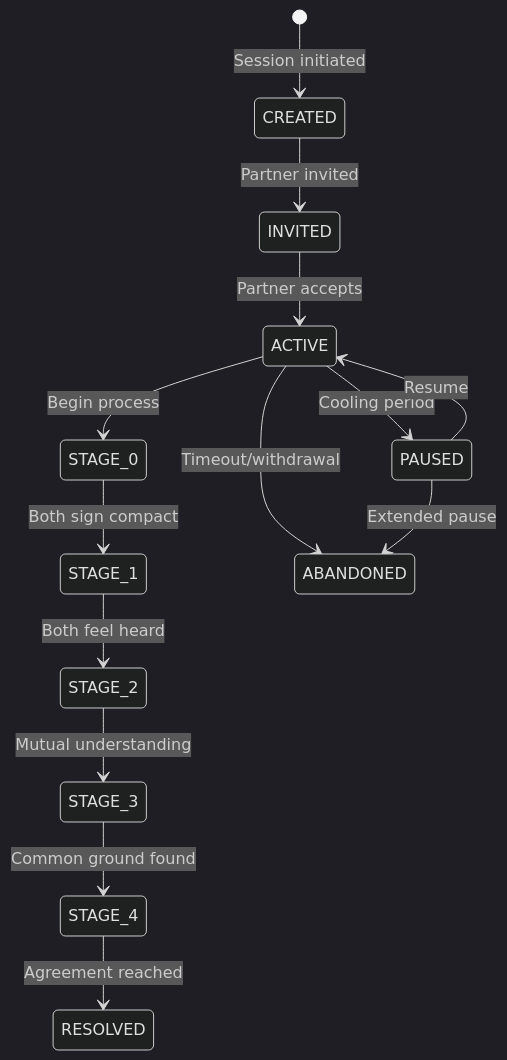
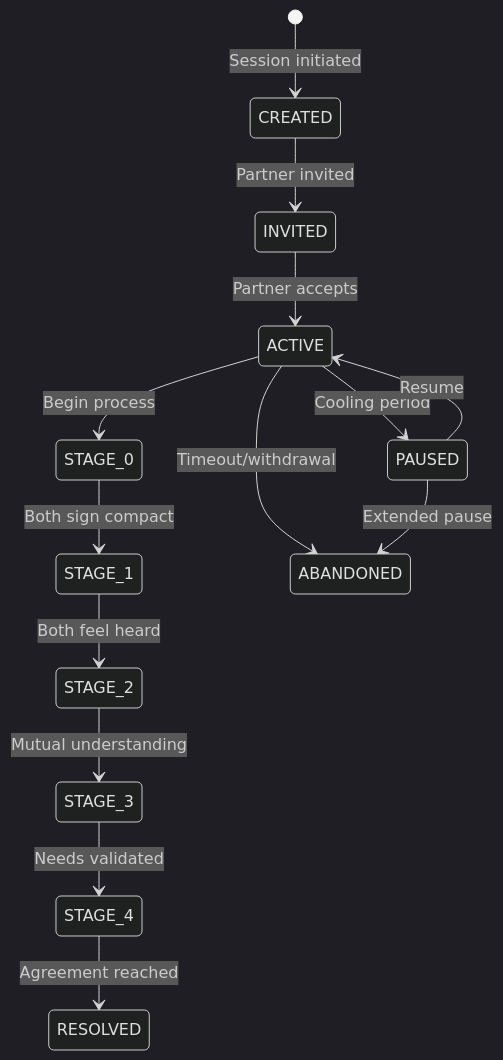
Before and after one commit to shantamg/meet-without-fear: the diagram in docs/backend/state-machine/index.md, drawn with Mermaid (dark theme). The commit also changed other lines of this file and 21 other files, not shown here.

Commit message:
Clean up Stage 3 needs reveal drift

````diff
--- a/docs/backend/state-machine/index.md
+++ b/docs/backend/state-machine/index.md
@@ -30,18 +30,18 @@
 ```mermaid
 stateDiagram-v2
     [*] --> CREATED: Session initiated
     CREATED --> INVITED: Partner invited
     INVITED --> ACTIVE: Partner accepts
     ACTIVE --> STAGE_0: Begin process
     STAGE_0 --> STAGE_1: Both sign compact
     STAGE_1 --> STAGE_2: Both feel heard
     STAGE_2 --> STAGE_3: Mutual understanding
-    STAGE_3 --> STAGE_4: Common ground found
+    STAGE_3 --> STAGE_4: Needs validated
     STAGE_4 --> RESOLVED: Agreement reached
 
     ACTIVE --> PAUSED: Cooling period
     PAUSED --> ACTIVE: Resume
 
     ACTIVE --> ABANDONED: Timeout/withdrawal
     PAUSED --> ABANDONED: Extended pause
 ```
````
